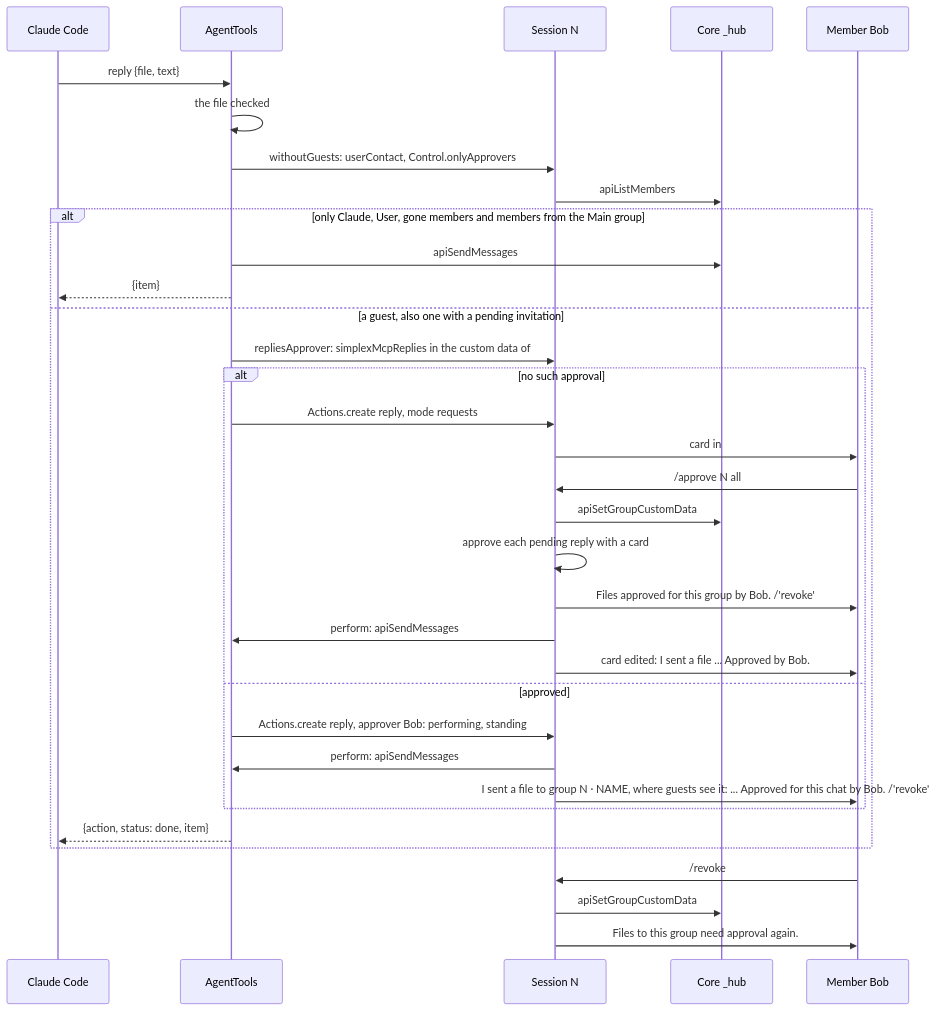
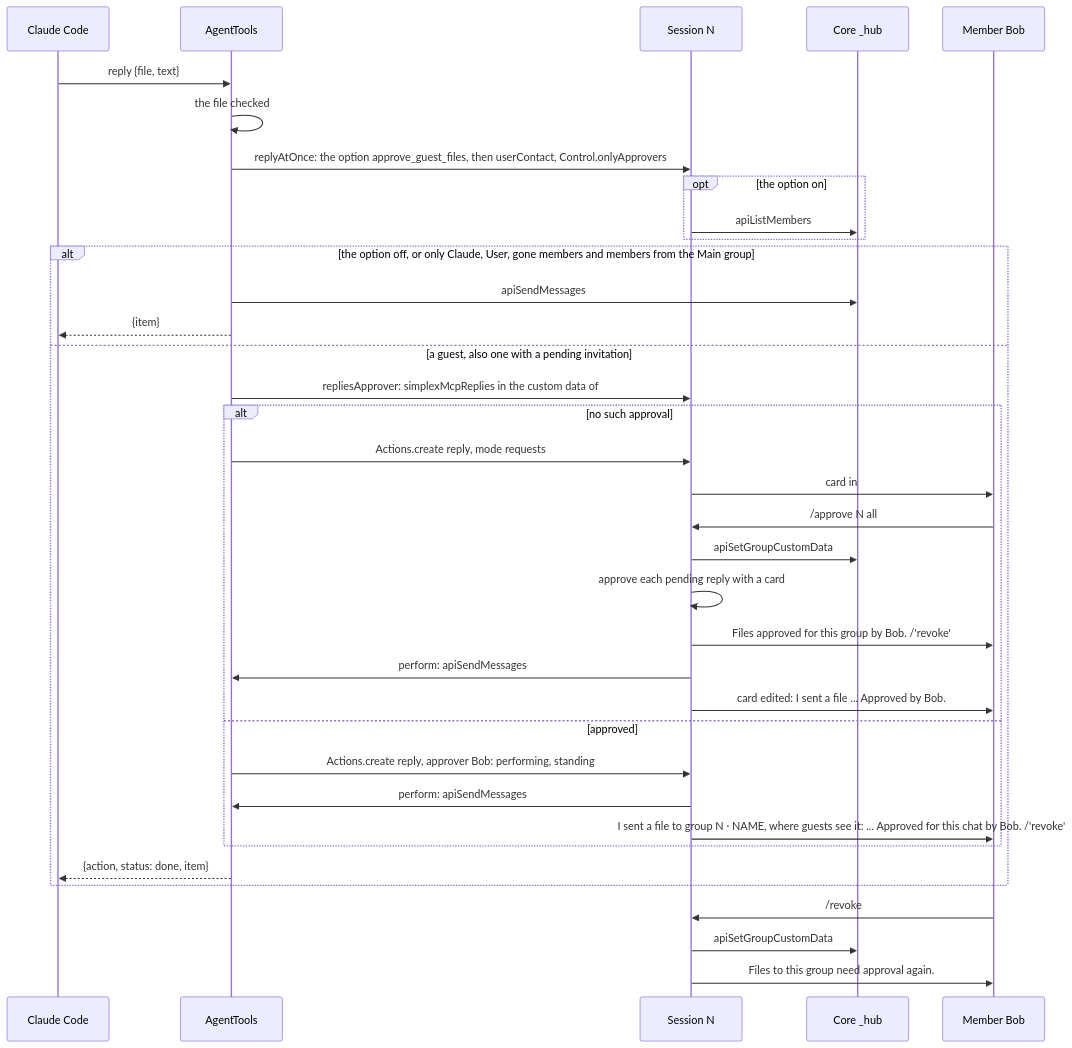
One commit to simplex-chat/simplex-chat changed diagram 29 of 30 in packages/simplex-chat-mcp/spec/flows.md. Above: the diagram before and after it, drawn with Mermaid. The commit also changed other lines of this file and 3 other files, not shown here.

First line of the commit message:
mcp: spec of //, /!, guest prompts, parts and approve_guest_files

````diff
--- a/packages/simplex-chat-mcp/spec/flows.md
+++ b/packages/simplex-chat-mcp/spec/flows.md
@@ -1251,36 +1267,38 @@
 ```mermaid
 sequenceDiagram
   participant CC as Claude Code
   participant T as AgentTools
   participant N as Session N
   participant C as Core _hub
   participant B as Member Bob
   CC->>T: reply {file, text}
   T->>T: the file checked
-  T->>N: withoutGuests: userContact, Control.onlyApprovers
-  N->>C: apiListMembers #G
-  alt only Claude, User, gone members and members from the Main group
+  T->>N: replyAtOnce: the option approve_guest_files, then userContact, Control.onlyApprovers
+  opt the option on
+    N->>C: apiListMembers #G
+  end
+  alt the option off, or only Claude, User, gone members and members from the Main group
     T->>C: apiSendMessages #G with the file
     T-->>CC: {item}
   else a guest, also one with a pending invitation
     T->>N: repliesApprover: simplexMcpReplies in the custom data of #G, its approver an approver of #G
     alt no such approval
       T->>N: Actions.create reply, mode requests
       N->>B: card in #G: I want to send a file to group N · NAME, where guests see it: `TEXT` TYPE `PATH`, SIZE, with the preview, /'approve N', /'approve N all' or /'reject N'
       B->>N: /approve N all
       N->>C: apiSetGroupCustomData #G simplexMcpReplies {approvedBy, approvedById, approvedAt}, keeping the other keys
       N->>N: approve each pending reply with a card
       N->>B: Files approved for this group by Bob. /'revoke'
       N->>T: perform: apiSendMessages #G with the file, its caption and its preview
       N->>B: card edited: I sent a file ... Approved by Bob.
     else approved
       T->>N: Actions.create reply, approver Bob: performing, standing
       N->>T: perform: apiSendMessages #G with the file
       N->>B: I sent a file to group N · NAME, where guests see it: ... Approved for this chat by Bob. /'revoke'
     end
     T-->>CC: {action, status: done, item}
   end
   B->>N: /revoke
   N->>C: apiSetGroupCustomData #G without simplexMcpReplies
   N->>B: Files to this group need approval again.
 ```
````
